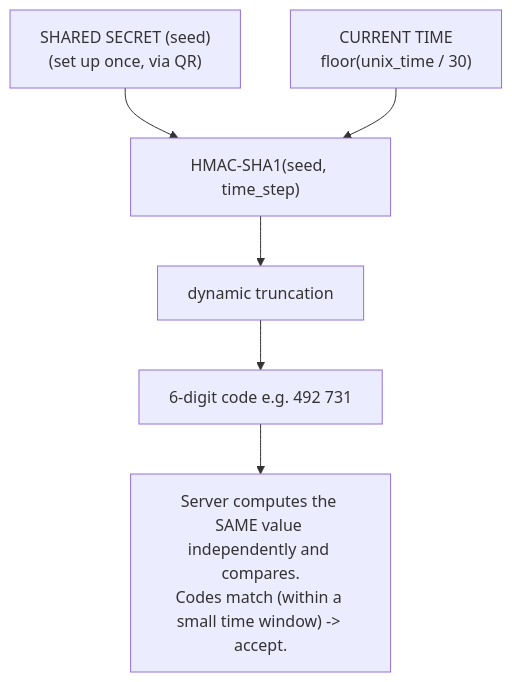
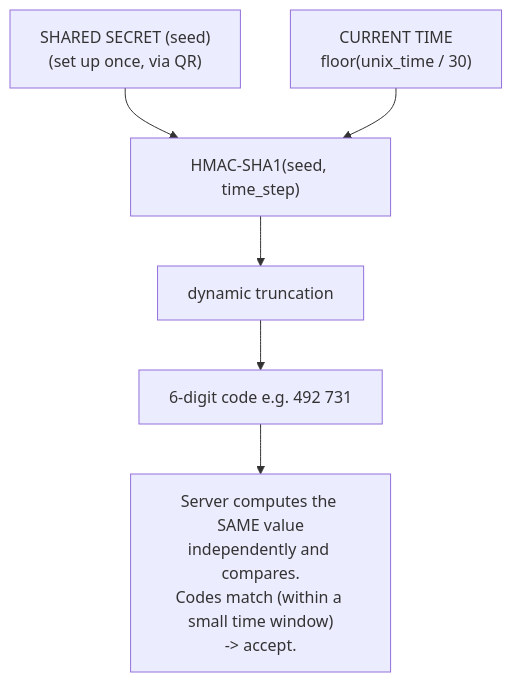
Before and after one commit to morandeirachema/WallixCerts: the fourth of 4 diagrams in prerequisites/cryptography-and-pki.md, drawn with Mermaid. The commit also changed other lines of this file and 37 other files, not shown here.

First line of the commit message:
Make Mermaid node boxes fit their text (wrap long labels) + enforce it

````diff
--- a/prerequisites/cryptography-and-pki.md
+++ b/prerequisites/cryptography-and-pki.md
@@ -206,14 +206,14 @@
 ```mermaid
 flowchart TD
     Seed["SHARED SECRET (seed)<br/>(set up once, via QR)"]
     Time["CURRENT TIME<br/>floor(unix_time / 30)"]
     HMAC["HMAC-SHA1(seed, time_step)"]
     Trunc["dynamic truncation"]
     Code["6-digit code e.g. 492 731"]
-    Server["Server computes the SAME value independently and compares.<br/>Codes match (within a small time window) -> accept."]
+    Server["Server computes the SAME value<br/>independently and compares.<br/>Codes match (within a small time window)<br/>-> accept."]
     Seed --> HMAC
     Time --> HMAC
     HMAC --> Trunc
     Trunc --> Code
     Code --> Server
 ```
````
